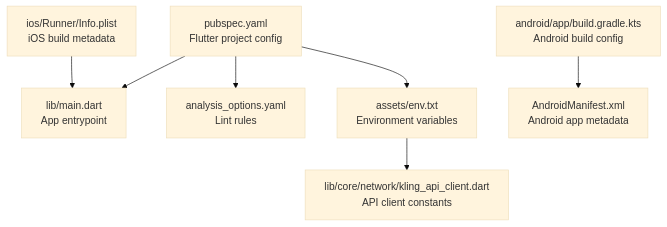
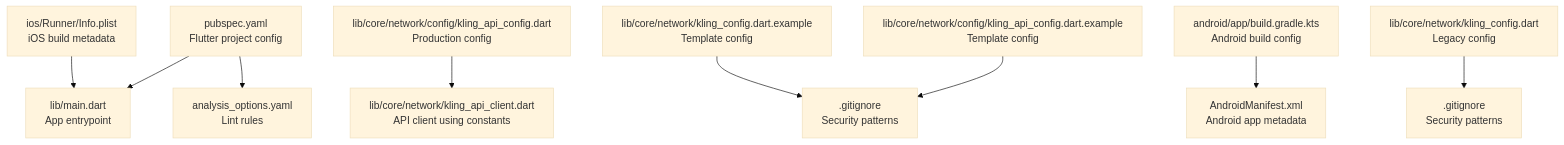
The first of 5 diagrams in .qoder/repowiki/en/content/Configuration Management.md (cripnail/kling_app), drawn with Mermaid (base theme) before and after one commit. The commit also changed other lines of this file and 15 other files, not shown here.

````diff
--- a/.qoder/repowiki/en/content/Configuration Management.md
+++ b/.qoder/repowiki/en/content/Configuration Management.md
@@ -37,9 +49,11 @@
 ```mermaid
 graph TB
 A["pubspec.yaml<br/>Flutter project config"] --> B["lib/main.dart<br/>App entrypoint"]
 A --> C["analysis_options.yaml<br/>Lint rules"]
-A --> D["assets/env.txt<br/>Environment variables"]
-D --> E["lib/core/network/kling_api_client.dart<br/>API client constants"]
-F["android/app/build.gradle.kts<br/>Android build config"] --> G["AndroidManifest.xml<br/>Android app metadata"]
-H["ios/Runner/Info.plist<br/>iOS build metadata"] --> B
+D["lib/core/network/config/kling_api_config.dart<br/>Production config"] --> E["lib/core/network/kling_api_client.dart<br/>API client using constants"]
+F["lib/core/network/config/kling_api_config.dart.example<br/>Template config"] --> G[".gitignore<br/>Security patterns"]
+H["android/app/build.gradle.kts<br/>Android build config"] --> I["AndroidManifest.xml<br/>Android app metadata"]
+J["ios/Runner/Info.plist<br/>iOS build metadata"] --> B
+K["lib/core/network/kling_config.dart<br/>Legacy config"] --> L[".gitignore<br/>Security patterns"]
+M["lib/core/network/kling_config.dart.example<br/>Template config"] --> G
 ```
````
